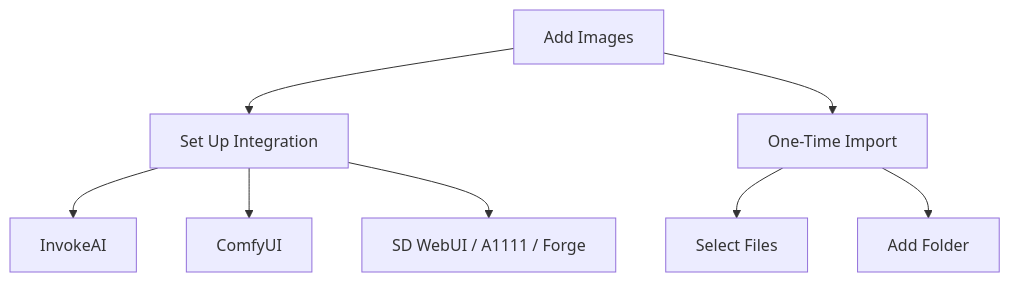
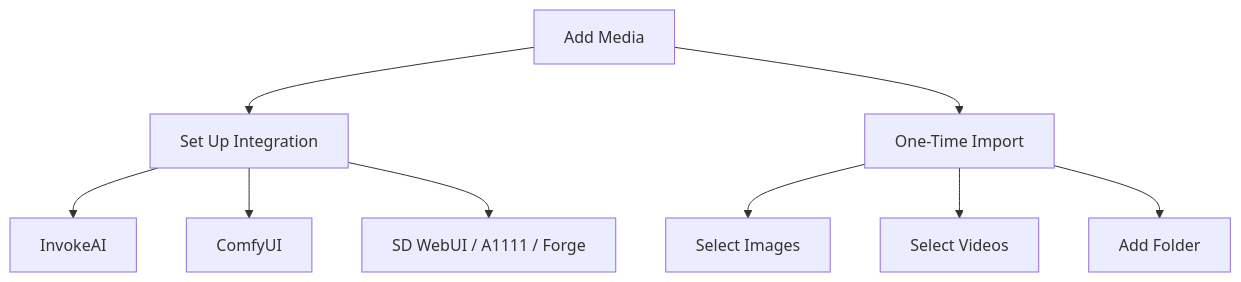
The diagram in docs/manual/adding-folders.md (AsuraAce/ambit), drawn with Mermaid before and after one commit. The commit also changed other lines of this file and 186 other files, not shown here.

````diff
--- a/docs/manual/adding-folders.md
+++ b/docs/manual/adding-folders.md
@@ -11,10 +11,11 @@
 ```mermaid
 flowchart TD
-    A["Add Images"] --> B["Set Up Integration"]
+    A["Add Media"] --> B["Set Up Integration"]
     A --> C["One-Time Import"]
     B --> D["InvokeAI"]
     B --> E["ComfyUI"]
     B --> F["SD WebUI / A1111 / Forge"]
-    C --> G["Select Files"]
+    C --> G["Select Images"]
+    C --> I["Select Videos"]
     C --> H["Add Folder"]
 ```
````
